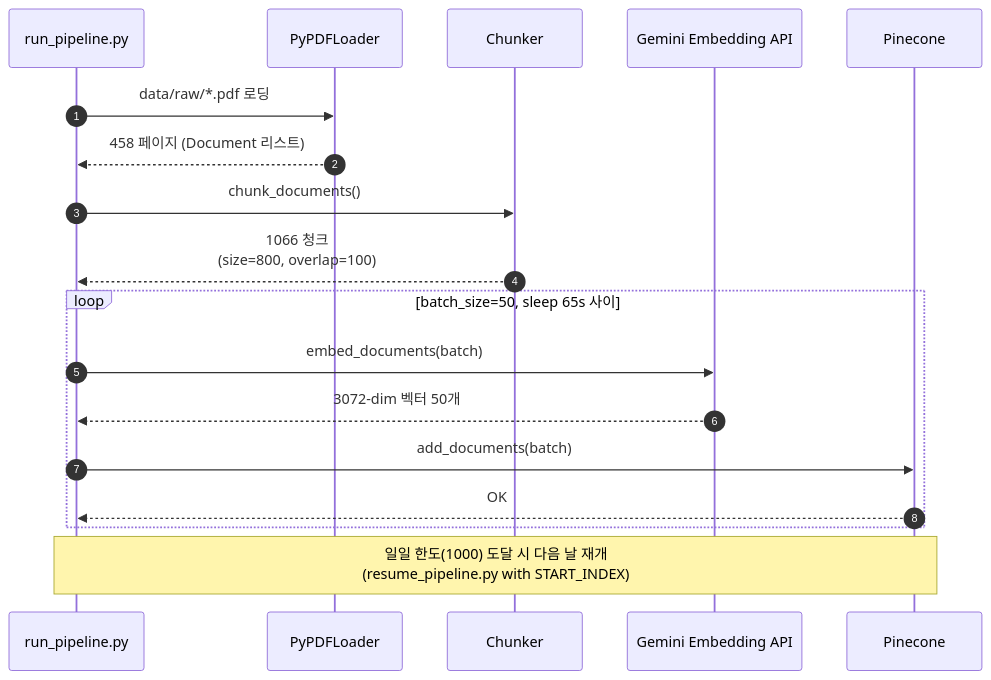
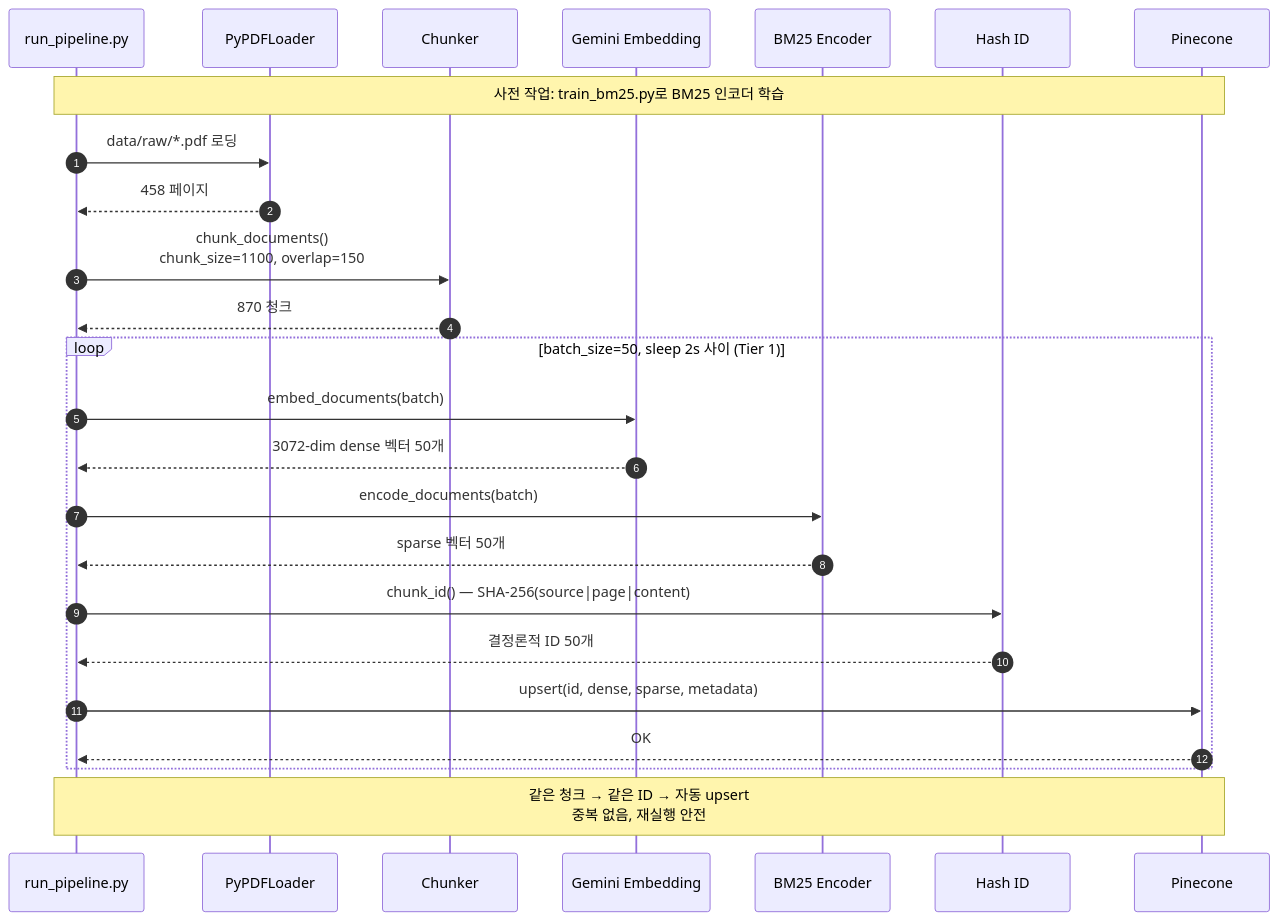
The second of 5 diagrams in ARCHITECTURE.md (trotoys/RAGproject), drawn with Mermaid before and after one commit. The commit also changed other lines of this file and 9 other files, not shown here.

````diff
--- a/ARCHITECTURE.md
+++ b/ARCHITECTURE.md
@@ -80,23 +88,30 @@
 ```mermaid
 sequenceDiagram
     autonumber
     participant Pipe as run_pipeline.py
     participant LD as PyPDFLoader
     participant CK as Chunker
-    participant EM as Gemini Embedding API
+    participant DE as Gemini Embedding
+    participant BM25 as BM25 Encoder
+    participant ID as Hash ID
     participant PC as Pinecone
 
+    Note over Pipe,PC: 사전 작업: train_bm25.py로 BM25 인코더 학습
     Pipe->>LD: data/raw/*.pdf 로딩
-    LD-->>Pipe: 458 페이지 (Document 리스트)
-    Pipe->>CK: chunk_documents()
-    CK-->>Pipe: 1066 청크<br/>(size=800, overlap=100)
+    LD-->>Pipe: 458 페이지
+    Pipe->>CK: chunk_documents()<br/>chunk_size=1100, overlap=150
+    CK-->>Pipe: 870 청크
 
-    loop batch_size=50, sleep 65s 사이
-        Pipe->>EM: embed_documents(batch)
-        EM-->>Pipe: 3072-dim 벡터 50개
-        Pipe->>PC: add_documents(batch)
+    loop batch_size=50, sleep 2s 사이 (Tier 1)
+        Pipe->>DE: embed_documents(batch)
+        DE-->>Pipe: 3072-dim dense 벡터 50개
+        Pipe->>BM25: encode_documents(batch)
+        BM25-->>Pipe: sparse 벡터 50개
+        Pipe->>ID: chunk_id() — SHA-256(source|page|content)
+        ID-->>Pipe: 결정론적 ID 50개
+        Pipe->>PC: upsert(id, dense, sparse, metadata)
         PC-->>Pipe: OK
     end
 
-    Note over Pipe,PC: 일일 한도(1000) 도달 시 다음 날 재개<br/>(resume_pipeline.py with START_INDEX)
+    Note over Pipe,PC: 같은 청크 → 같은 ID → 자동 upsert<br/>중복 없음, 재실행 안전
 ```
````
